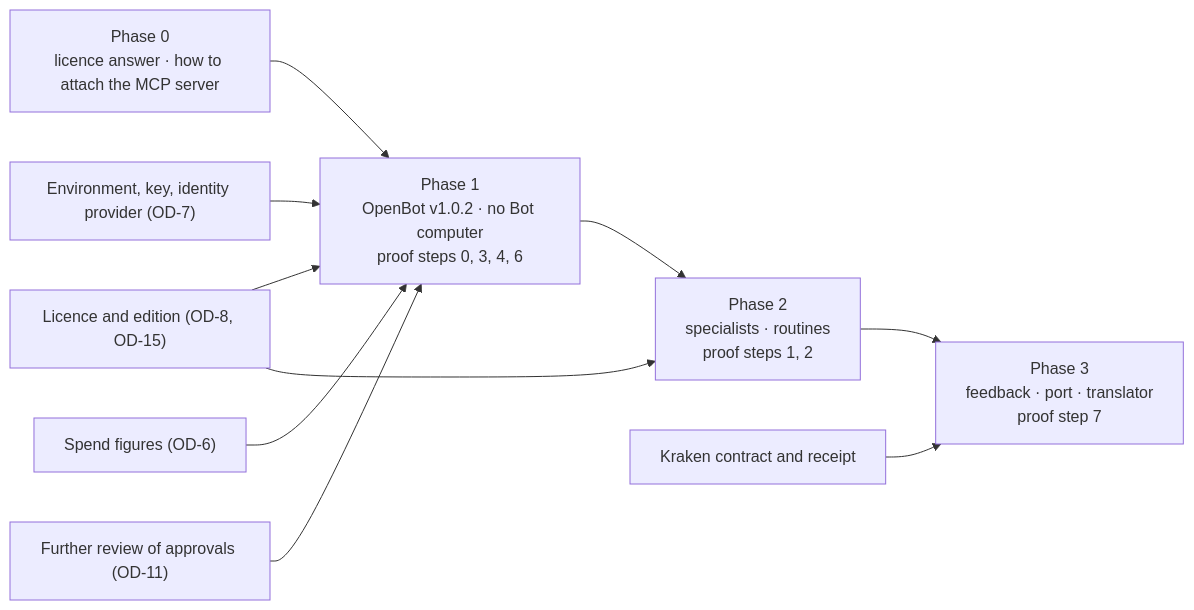
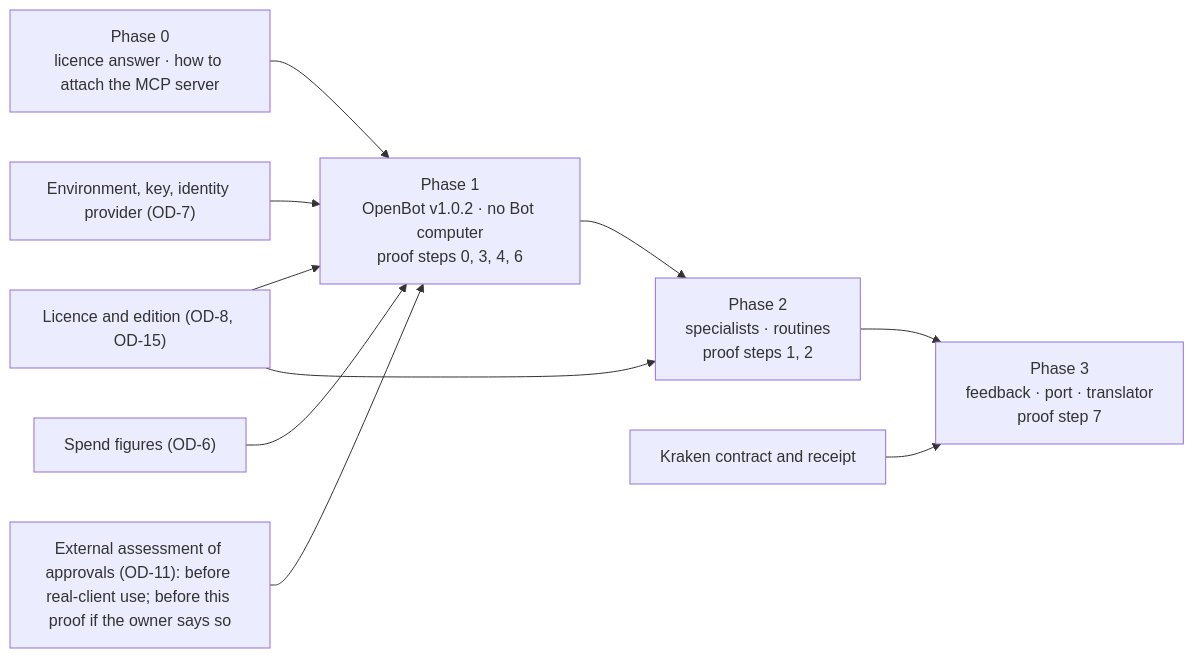
Before and after one commit to chrismarchant/kraken-intelligence-adapter: the diagram in docs/architecture/mediation/KIC-ARCH-MED-01/D6-roadmap.md, drawn with Mermaid. The commit also changed other lines of this file and 18 other files, not shown here.

````diff
--- a/docs/architecture/mediation/KIC-ARCH-MED-01/D6-roadmap.md
+++ b/docs/architecture/mediation/KIC-ARCH-MED-01/D6-roadmap.md
@@ -61,12 +61,12 @@
 ```mermaid
 flowchart LR
   P0["Phase 0<br/>licence answer · how to attach the MCP server"] --> P1["Phase 1<br/>OpenBot v1.0.2 · no Bot computer<br/>proof steps 0, 3, 4, 6"]
   P1 --> P2["Phase 2<br/>specialists · routines<br/>proof steps 1, 2"]
   P2 --> P3["Phase 3<br/>feedback · port · translator<br/>proof step 7"]
   L["Licence and edition (OD-8, OD-15)"] --> P1
   L --> P2
   E["Environment, key, identity provider (OD-7)"] --> P1
   S["Spend figures (OD-6)"] --> P1
-  R["Further review of approvals (OD-11)"] --> P1
+  R["External assessment of approvals (OD-11): before real-client use; before this proof if the owner says so"] --> P1
   K["Kraken contract and receipt"] --> P3
 ```
````
